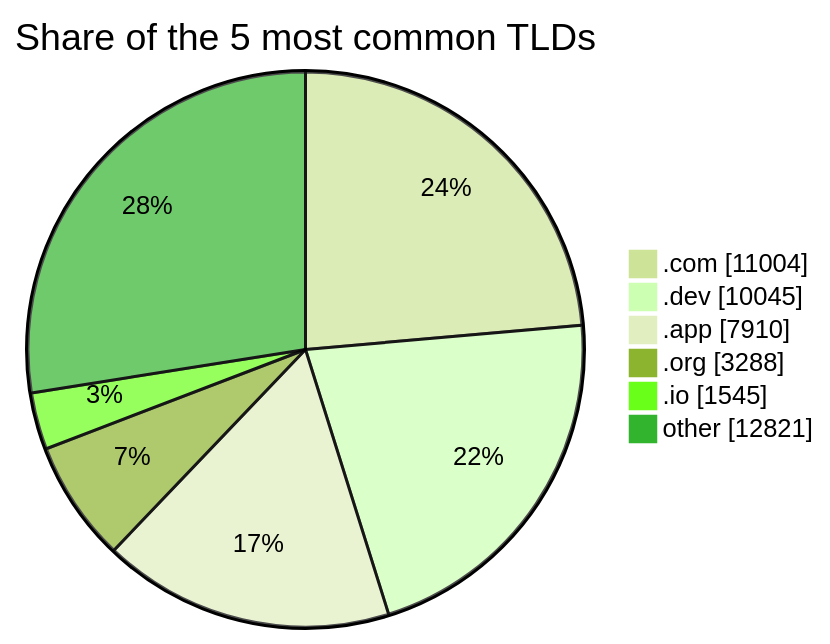
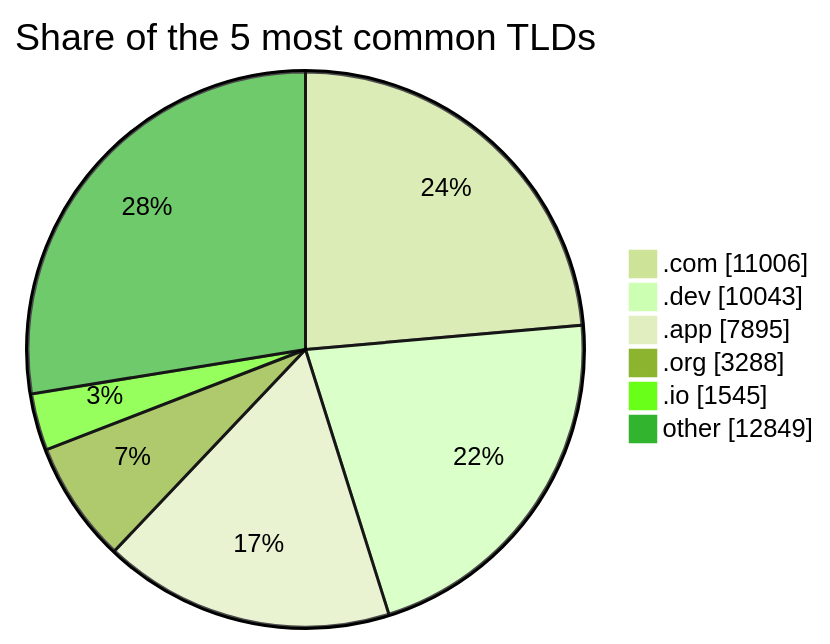
One commit to DNSBunker/CTI changed the third of 3 diagrams in README.md. Above: the diagram before and after it, drawn with Mermaid (forest theme). The commit also changed other lines of this file and 3 other files, not shown here.

````diff
--- a/README.md
+++ b/README.md
@@ -81,9 +81,9 @@
 ```mermaid
 pie showData title Share of the 5 most common TLDs
-    ".com" : 11004
-    ".dev" : 10045
-    ".app" : 7910
+    ".com" : 11006
+    ".dev" : 10043
+    ".app" : 7895
     ".org" : 3288
     ".io" : 1545
-    "other" : 12821
+    "other" : 12849
 ```
````
